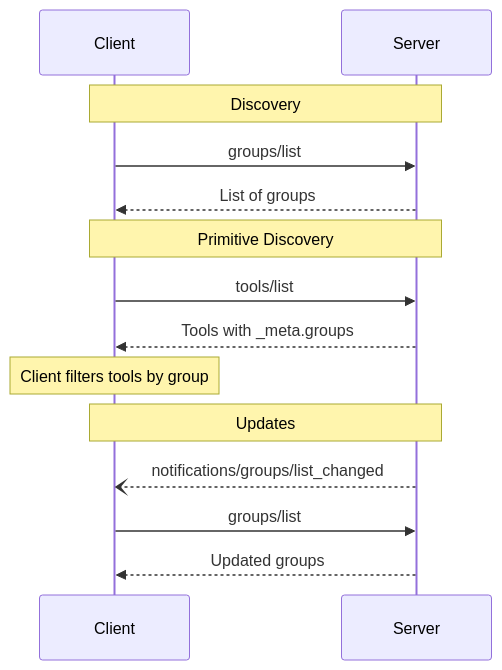
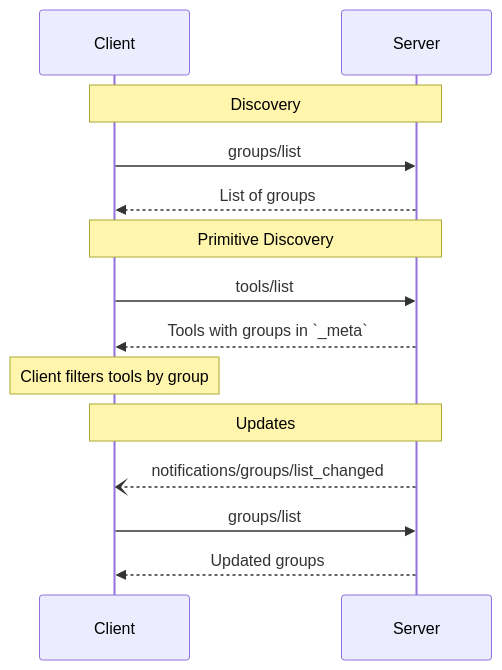
The diagram in docs/specification/draft/server/groups.mdx (modelcontextprotocol/modelcontextprotocol), drawn with Mermaid before and after one commit.

````diff
--- a/docs/specification/draft/server/groups.mdx
+++ b/docs/specification/draft/server/groups.mdx
@@ -170,20 +170,20 @@
 ```mermaid
 sequenceDiagram
     participant Client
     participant Server
 
     Note over Client,Server: Discovery
     Client->>Server: groups/list
     Server-->>Client: List of groups
 
     Note over Client,Server: Primitive Discovery
     Client->>Server: tools/list
-    Server-->>Client: Tools with _meta.groups
+    Server-->>Client: Tools with groups in `_meta`
 
     Note over Client: Client filters tools by group
 
     Note over Client,Server: Updates
     Server--)Client: notifications/groups/list_changed
     Client->>Server: groups/list
     Server-->>Client: Updated groups
 ```
````
